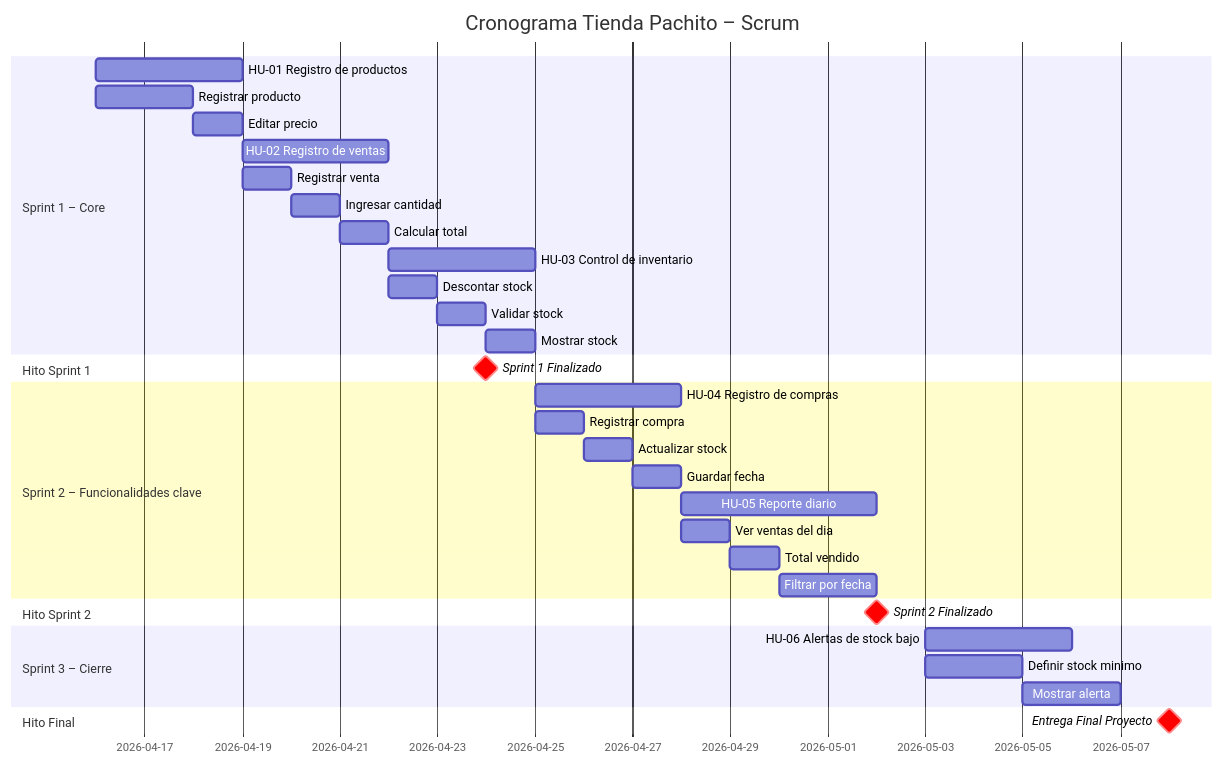
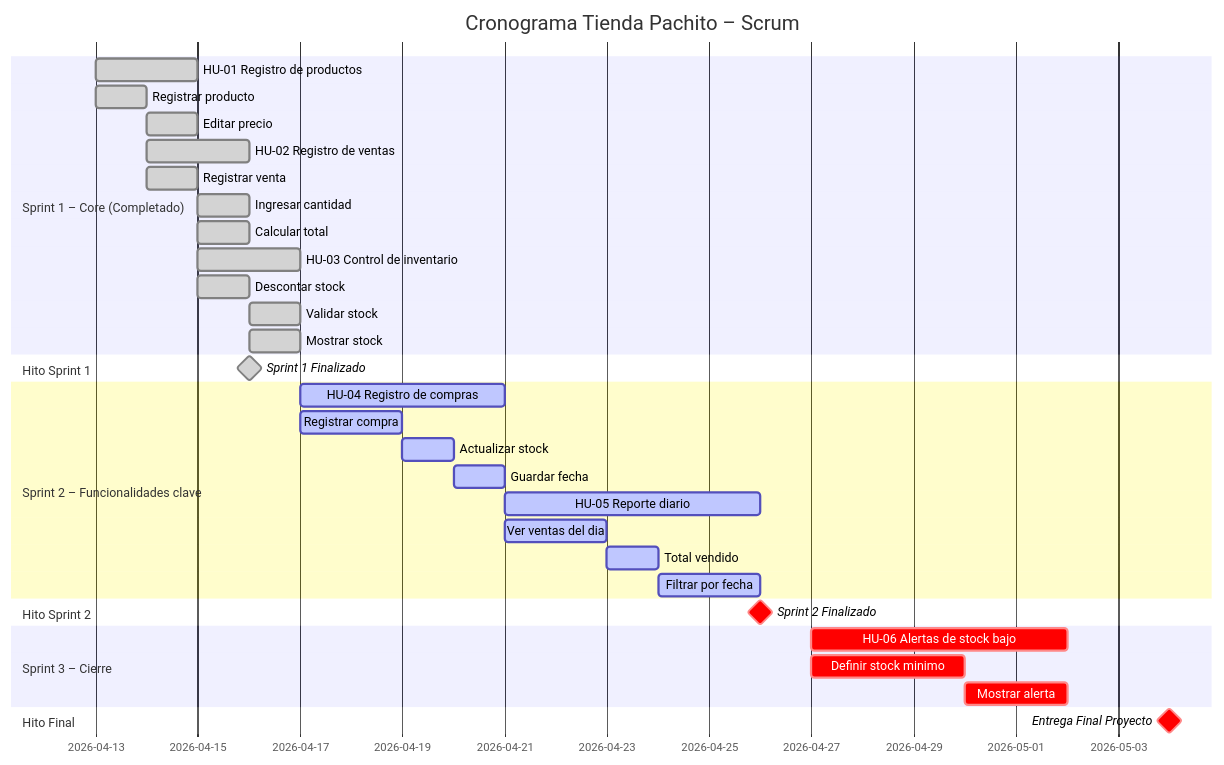
One commit to Manuel-Posada/Proyecto-Tienda-Pachito changed the diagram in 1.Plan_De_Trabajo/Cronograma De Actividades.md. Above: the diagram before and after it, drawn with Mermaid. The commit also changed other lines of this file, not shown here.

Commit message:
Update activity schedule for Sprints 1, 2, and 3

````diff
--- a/1.Plan_De_Trabajo/Cronograma De Actividades.md
+++ b/1.Plan_De_Trabajo/Cronograma De Actividades.md
@@ -1,43 +1,43 @@
 ```mermaid
 gantt
     title Cronograma Tienda Pachito – Scrum
     dateFormat  YYYY-MM-DD
     todayMarker on
 
-    section Sprint 1 – Core
-    HU-01 Registro de productos     :a1, 2026-04-16, 3d
-    Registrar producto               :a2, 2026-04-16, 2d
-    Editar precio                    :a3, 2026-04-18, 1d
-    HU-02 Registro de ventas        :b1, 2026-04-19, 3d
-    Registrar venta                  :b2, 2026-04-19, 1d
-    Ingresar cantidad                :b3, 2026-04-20, 1d
-    Calcular total                   :b4, 2026-04-21, 1d
-    HU-03 Control de inventario     :c1, 2026-04-22, 3d
-    Descontar stock                  :c2, 2026-04-22, 1d
-    Validar stock                    :c3, 2026-04-23, 1d
-    Mostrar stock                    :c4, 2026-04-24, 1d
+    section Sprint 1 – Core (Completado)
+    HU-01 Registro de productos     :done, a1, 2026-04-13, 2d
+    Registrar producto               :done, a2, 2026-04-13, 1d
+    Editar precio                    :done, a3, 2026-04-14, 1d
+    HU-02 Registro de ventas        :done, b1, 2026-04-14, 2d
+    Registrar venta                  :done, b2, 2026-04-14, 1d
+    Ingresar cantidad                :done, b3, 2026-04-15, 1d
+    Calcular total                   :done, b4, 2026-04-15, 1d
+    HU-03 Control de inventario     :done, c1, 2026-04-15, 2d
+    Descontar stock                  :done, c2, 2026-04-15, 1d
+    Validar stock                    :done, c3, 2026-04-16, 1d
+    Mostrar stock                    :done, c4, 2026-04-16, 1d
 
     section Hito Sprint 1
-    Sprint 1 Finalizado              :milestone, crit, 2026-04-24, 0d
+    Sprint 1 Finalizado              :milestone, done, 2026-04-16, 0d
 
     section Sprint 2 – Funcionalidades clave
-    HU-04 Registro de compras       :d1, 2026-04-25, 3d
-    Registrar compra                 :d2, 2026-04-25, 1d
-    Actualizar stock                 :d3, 2026-04-26, 1d
-    Guardar fecha                    :d4, 2026-04-27, 1d
-    HU-05 Reporte diario            :e1, 2026-04-28, 4d
-    Ver ventas del dia               :e2, 2026-04-28, 1d
-    Total vendido                    :e3, 2026-04-29, 1d
-    Filtrar por fecha                :e4, 2026-04-30, 2d
+    HU-04 Registro de compras       :active, d1, 2026-04-17, 4d
+    Registrar compra                 :active, d2, 2026-04-17, 2d
+    Actualizar stock                 :active, d3, 2026-04-19, 1d
+    Guardar fecha                    :active, d4, 2026-04-20, 1d
+    HU-05 Reporte diario            :active, e1, 2026-04-21, 5d
+    Ver ventas del dia               :active, e2, 2026-04-21, 2d
+    Total vendido                    :active, e3, 2026-04-23, 1d
+    Filtrar por fecha                :active, e4, 2026-04-24, 2d
 
     section Hito Sprint 2
-    Sprint 2 Finalizado              :milestone, crit, 2026-05-02, 0d
+    Sprint 2 Finalizado              :milestone, crit, 2026-04-26, 0d
 
     section Sprint 3 – Cierre
-    HU-06 Alertas de stock bajo     :f1, 2026-05-03, 3d
-    Definir stock minimo             :f2, 2026-05-03, 2d
-    Mostrar alerta                   :f3, 2026-05-05, 2d
+    HU-06 Alertas de stock bajo     :crit, f1, 2026-04-27, 5d
+    Definir stock minimo             :crit, f2, 2026-04-27, 3d
+    Mostrar alerta                   :crit, f3, 2026-04-30, 2d
 
     section Hito Final
-    Entrega Final Proyecto           :milestone, crit, 2026-05-08, 0d
+    Entrega Final Proyecto           :milestone, crit, 2026-05-04, 0d
 ```
````
